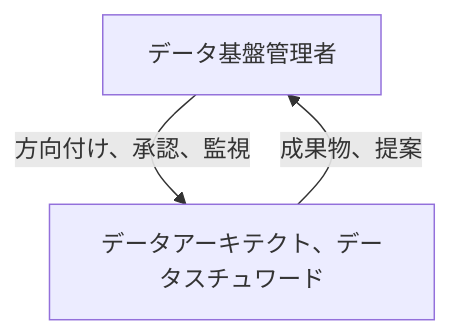
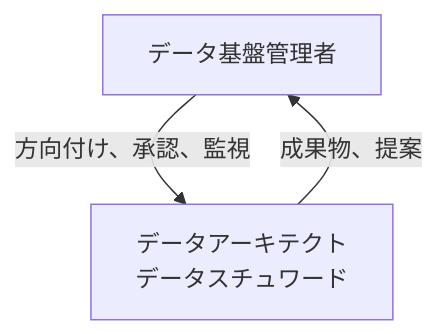
The second of 8 diagrams in documents/forDataManagement/datamanagement_guidelines.md (future-architect/arch-guidelines), drawn with Mermaid before and after one commit. The commit also changed other lines of this file and 2 other files, not shown here.

````diff
--- a/documents/forDataManagement/datamanagement_guidelines.md
+++ b/documents/forDataManagement/datamanagement_guidelines.md
@@ -207,5 +198,5 @@
 ```mermaid
 flowchart TD
-    A[データ基盤管理者] -->|方向付け、承認、監視| B[データアーキテクト、データスチュワード]
+    A[データ基盤管理者] -->|方向付け、承認、監視| B["データアーキテクト<br>データスチュワード"]
     B -->|成果物、提案| A[データ基盤管理者]
 ```
````
